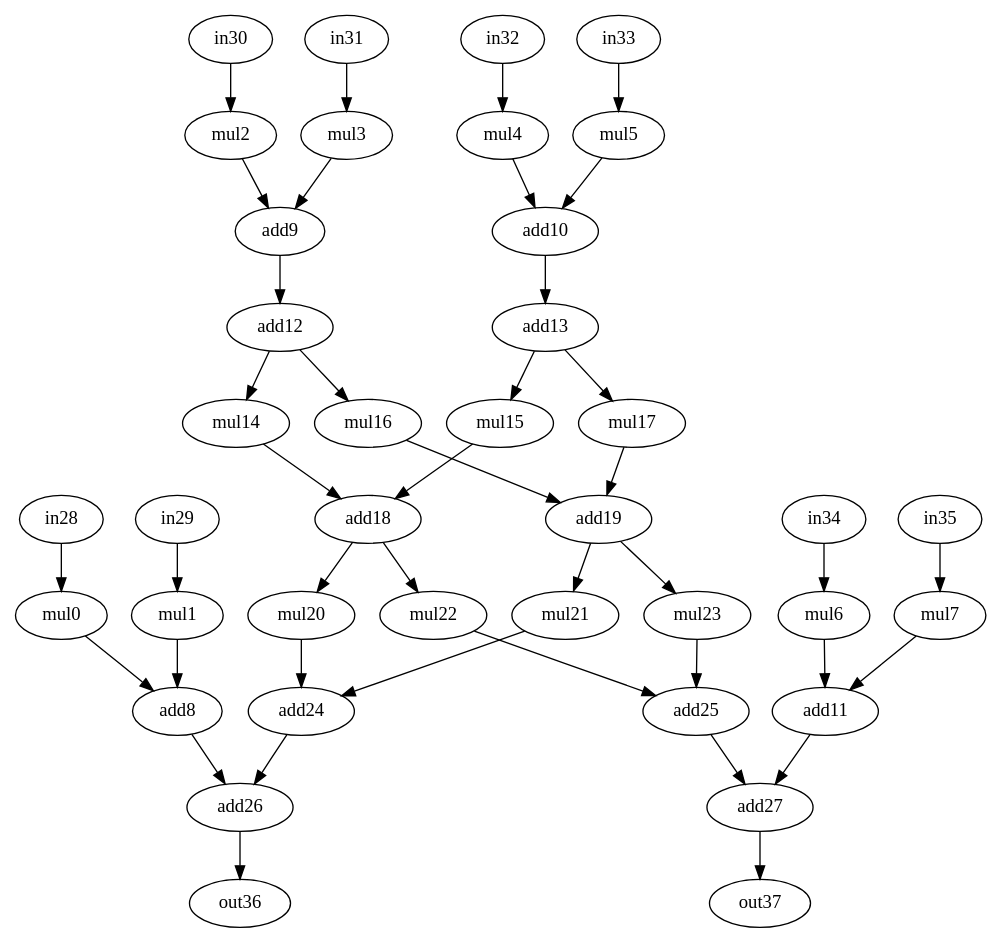
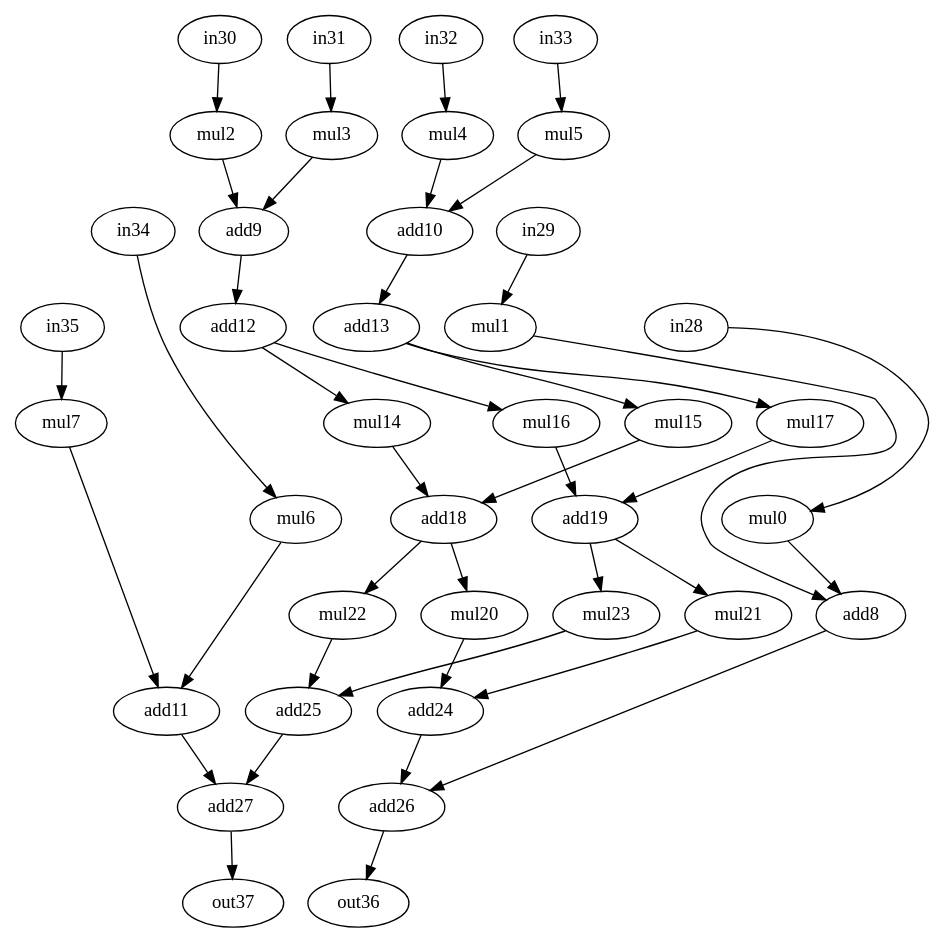
The diagram in bench/test_bench/arf.dot (jeronimopenha/traversal_project), drawn with Graphviz before and after one commit. The commit also changed 21144 other files, not shown here.

```diff
--- a/bench/test_bench/arf.dot
+++ b/bench/test_bench/arf.dot
@@ -1,80 +1,80 @@
-strict digraph "arf" {
+digraph "arf" {
 0 [label=mul0, op=muli, value=2];
 1 [label=mul1, op=muli, value=2];
 2 [label=mul2, op=muli, value=2];
 3 [label=mul3, op=muli, value=2];
 4 [label=mul4, op=muli, value=2];
 5 [label=mul5, op=muli, value=2];
 6 [label=mul6, op=muli, value=2];
 7 [label=mul7, op=muli, value=2];
 8 [label=add8, op=add];
 9 [label=add9, op=add];
 10 [label=add10, op=add];
 11 [label=add11, op=add];
 12 [label=add12, op=addi, value=2];
 13 [label=add13, op=addi, value=2];
 14 [label=mul14, op=muli, value=2];
 15 [label=mul15, op=muli, value=2];
 16 [label=mul16, op=muli, value=2];
 17 [label=mul17, op=muli, value=2];
 18 [label=add18, op=add];
 19 [label=add19, op=add];
 20 [label=mul20, op=muli, value=2];
 21 [label=mul21, op=muli, value=2];
 22 [label=mul22, op=muli, value=2];
 23 [label=mul23, op=muli, value=2];
 24 [label=add24, op=add];
 25 [label=add25, op=add];
 26 [label=add26, op=add];
 27 [label=add27, op=add];
 28 [label=in28, op=in];
 29 [label=in29, op=in];
 30 [label=in30, op=in];
 31 [label=in31, op=in];
 32 [label=in32, op=in];
 33 [label=in33, op=in];
 34 [label=in34, op=in];
 35 [label=in35, op=in];
 36 [label=out36, op=out];
 37 [label=out37, op=out];
-0 -> 8  [port=0, w=0];
-1 -> 8  [port=1, w=0];
-2 -> 9  [port=0, w=0];
-3 -> 9  [port=1, w=0];
-4 -> 10  [port=0, w=0];
-5 -> 10  [port=1, w=0];
-6 -> 11  [port=0, w=0];
-7 -> 11  [port=1, w=0];
-8 -> 26  [port=0, w=0];
-9 -> 12  [port=0, w=0];
-10 -> 13  [port=0, w=0];
-11 -> 27  [port=0, w=0];
-12 -> 14  [port=0, w=0];
-12 -> 16  [port=0, w=0];
-13 -> 15  [port=0, w=0];
-13 -> 17  [port=0, w=0];
-14 -> 18  [port=0, w=0];
-15 -> 18  [port=1, w=0];
-16 -> 19  [port=0, w=0];
-17 -> 19  [port=1, w=0];
-18 -> 20  [port=0, w=0];
-18 -> 22  [port=0, w=0];
-19 -> 21  [port=0, w=0];
-19 -> 23  [port=0, w=0];
-20 -> 24  [port=0, w=0];
-21 -> 24  [port=1, w=0];
-22 -> 25  [port=0, w=0];
-23 -> 25  [port=1, w=0];
-24 -> 26  [port=1, w=0];
-25 -> 27  [port=1, w=0];
-26 -> 36  [port=0, w=0];
-27 -> 37  [port=0, w=0];
-28 -> 0  [port=0, w=0];
-29 -> 1  [port=0, w=0];
-30 -> 2  [port=0, w=0];
-31 -> 3  [port=0, w=0];
-32 -> 4  [port=0, w=0];
-33 -> 5  [port=0, w=0];
-34 -> 6  [port=0, w=0];
-35 -> 7  [port=0, w=0];
+0 -> 8  [port=0, weight=0];
+1 -> 8  [port=1, weight=0];
+2 -> 9  [port=0, weight=0];
+3 -> 9  [port=1, weight=0];
+4 -> 10  [port=0, weight=0];
+5 -> 10  [port=1, weight=0];
+6 -> 11  [port=0, weight=0];
+7 -> 11  [port=1, weight=0];
+8 -> 26  [port=0, weight=0];
+9 -> 12  [port=0, weight=0];
+10 -> 13  [port=0, weight=0];
+11 -> 27  [port=0, weight=0];
+12 -> 14  [port=0, weight=0];
+12 -> 16  [port=0, weight=0];
+13 -> 15  [port=0, weight=0];
+13 -> 17  [port=0, weight=0];
+14 -> 18  [port=0, weight=0];
+15 -> 18  [port=1, weight=0];
+16 -> 19  [port=0, weight=0];
+17 -> 19  [port=1, weight=0];
+18 -> 20  [port=0, weight=0];
+18 -> 22  [port=0, weight=0];
+19 -> 21  [port=0, weight=0];
+19 -> 23  [port=0, weight=0];
+20 -> 24  [port=0, weight=0];
+21 -> 24  [port=1, weight=0];
+22 -> 25  [port=0, weight=0];
+23 -> 25  [port=1, weight=0];
+24 -> 26  [port=1, weight=0];
+25 -> 27  [port=1, weight=0];
+26 -> 36  [port=0, weight=0];
+27 -> 37  [port=0, weight=0];
+28 -> 0  [port=0, weight=0];
+29 -> 1  [port=0, weight=0];
+30 -> 2  [port=0, weight=0];
+31 -> 3  [port=0, weight=0];
+32 -> 4  [port=0, weight=0];
+33 -> 5  [port=0, weight=0];
+34 -> 6  [port=0, weight=0];
+35 -> 7  [port=0, weight=0];
 }
```
